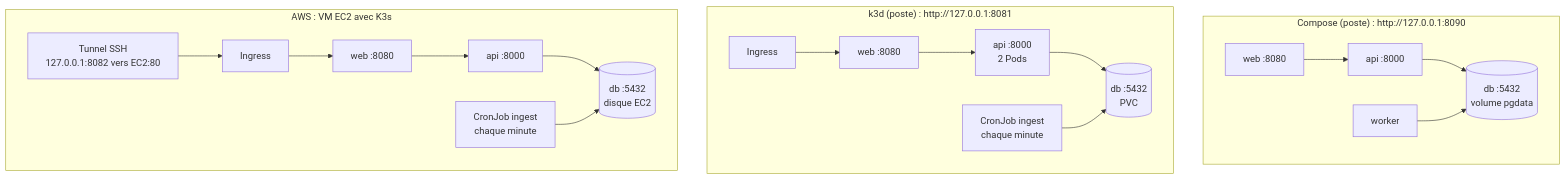
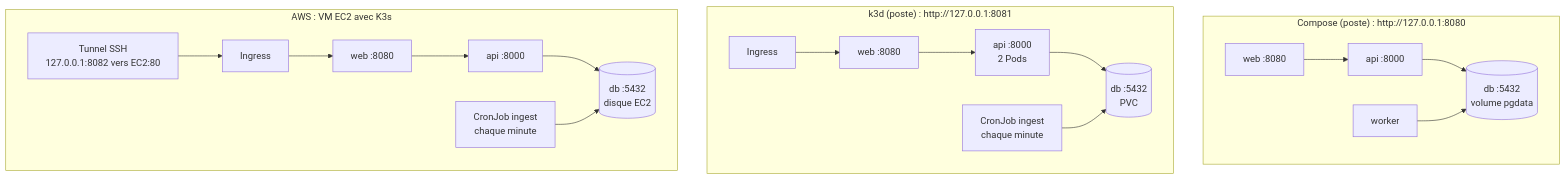
Before and after one commit to Karelle-koulibaly/campusdata: the third of 3 diagrams in documents/architecture.md, drawn with Mermaid. The commit also changed other lines of this file and 1 other file, not shown here.

````diff
--- a/documents/architecture.md
+++ b/documents/architecture.md
@@ -147,15 +138,15 @@
 ```mermaid
 flowchart TB
-    subgraph Compose["Compose (poste) : http://127.0.0.1:8090"]
+    subgraph Compose["Compose (poste) : http://127.0.0.1:8080"]
         c1[web :8080] --> c2[api :8000] --> c3[(db :5432<br/>volume pgdata)]
         c4[worker] --> c3
     end
     subgraph K3d["k3d (poste) : http://127.0.0.1:8081"]
         k0[Ingress] --> k1[web :8080] --> k2["api :8000<br/>2 Pods"] --> k3[(db :5432<br/>PVC)]
         k4[CronJob ingest<br/>chaque minute] --> k3
     end
     subgraph AWS["AWS : VM EC2 avec K3s"]
         t[Tunnel SSH<br/>127.0.0.1:8082 vers EC2:80] --> a0[Ingress] --> a1[web :8080] --> a2[api :8000] --> a3[(db :5432<br/>disque EC2)]
         a4[CronJob ingest<br/>chaque minute] --> a3
     end
 ```
````
